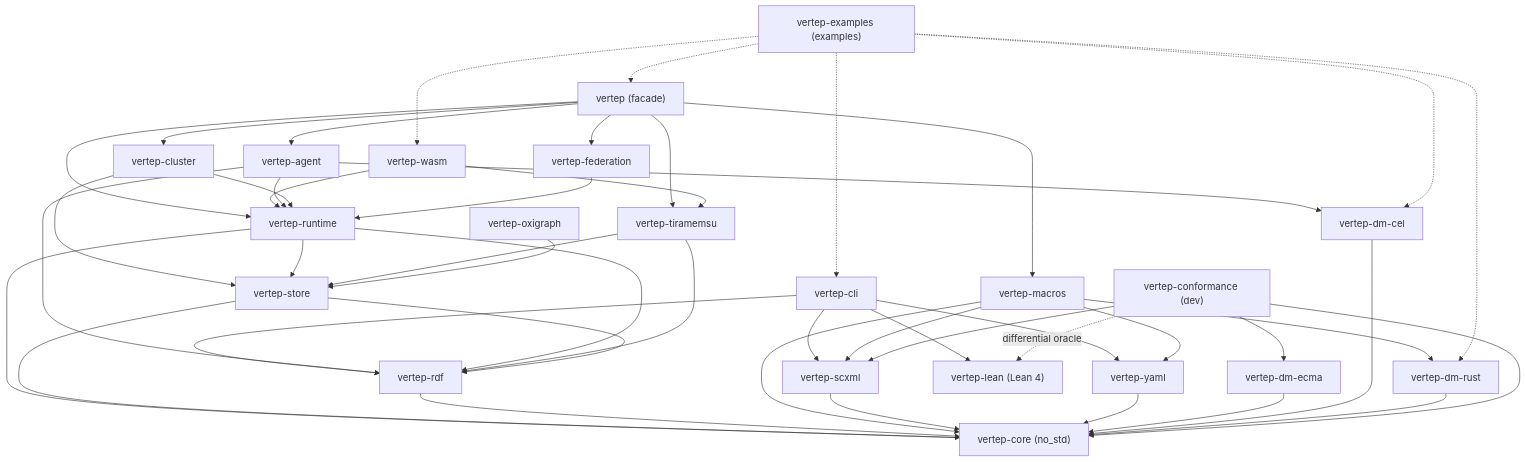
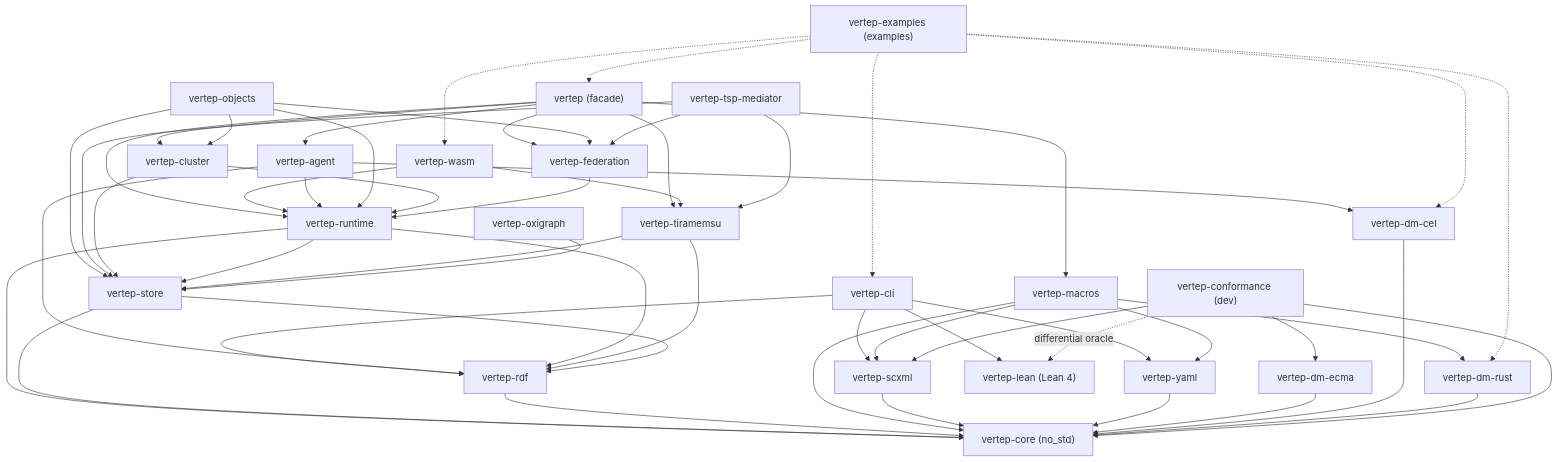
One commit to Volland/vertep changed the diagram in tg.md/components.md. Above: the diagram before and after it, drawn with Mermaid. The commit also changed other lines of this file and 77 other files, not shown here.

````diff
--- a/tg.md/components.md
+++ b/tg.md/components.md
@@ -9,45 +9,49 @@
 ```mermaid
 flowchart TD
     facade["vertep (facade)"]
     cli["vertep-cli"]
     wasm["vertep-wasm"]
     agent["vertep-agent"]
+    objects["vertep-objects"]
+    mediator["vertep-tsp-mediator"]
     cluster["vertep-cluster"]
     fed["vertep-federation"]
     runtime["vertep-runtime"]
     tira["vertep-tiramemsu"]
     oxi["vertep-oxigraph"]
     store["vertep-store"]
     rdf["vertep-rdf"]
     macros["vertep-macros"]
     scxml["vertep-scxml"]
     yaml["vertep-yaml"]
     ecma["vertep-dm-ecma"]
     cel["vertep-dm-cel"]
     dmrust["vertep-dm-rust"]
     core["vertep-core (no_std)"]
     conf["vertep-conformance (dev)"]
     examples["vertep-examples (examples)"]
     lean["vertep-lean (Lean 4)"]
 
     facade --> agent & cluster & fed & runtime & macros & tira
     cli --> scxml & yaml & rdf & lean
     wasm --> runtime & tira
     agent --> runtime & cel & rdf
+    objects --> runtime & store & fed & cluster
+    mediator --> fed & store & tira
     cluster --> runtime & store
     fed --> runtime
     runtime --> core & store & rdf
     tira --> store & rdf
     oxi --> store
     store --> core & rdf
     rdf --> core
     macros --> core & scxml & yaml & dmrust
     scxml --> core
     yaml --> core
     ecma --> core
     cel --> core
     dmrust --> core
     conf --> core & scxml & ecma
     conf -. differential oracle .-> lean
     examples -.-> facade & cel & dmrust & cli & wasm
 ```
````
